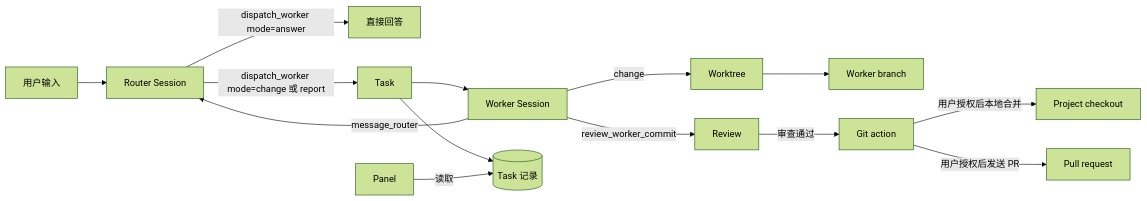
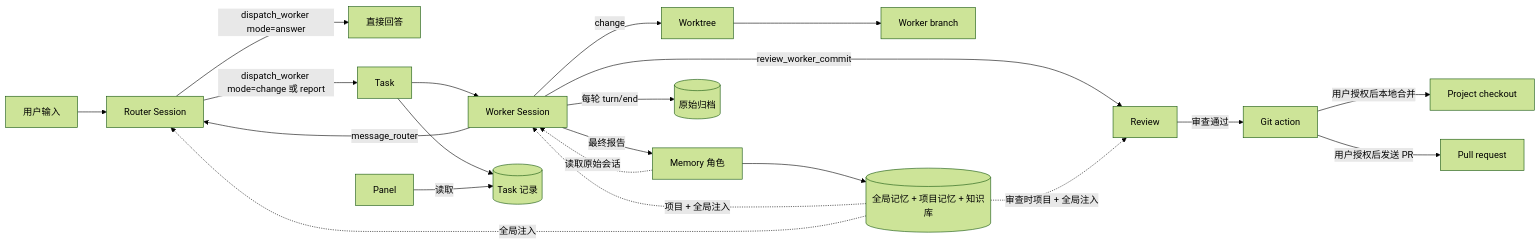
Before and after one commit to LMQ00/superagent-lite: the diagram in docs/001-domain.md, drawn with Mermaid (forest theme). The commit also changed other lines of this file and 24 other files, not shown here.

Commit message:
feat: 按流程图重新实现记忆模块

````diff
--- a/docs/001-domain.md
+++ b/docs/001-domain.md
@@ -9,16 +9,23 @@
 ```mermaid
 flowchart LR
   I[用户输入] --> R[Router Session]
   R -->|dispatch_worker mode=answer| A[直接回答]
   R -->|dispatch_worker mode=change 或 report| T[Task]
   T --> W[Worker Session]
   W -->|change| WT[Worktree]
   WT --> B[Worker branch]
   W -->|review_worker_commit| V[Review]
   W -->|message_router| R
   V -->|审查通过| G[Git action]
   G -->|用户授权后本地合并| P[Project checkout]
   G -->|用户授权后发送 PR| PR[Pull request]
   T --> D[(Task 记录)]
+  W -->|最终报告| M[Memory 角色]
+  W -->|每轮 turn/end| AR[(原始归档)]
+  M -.->|读取原始会话| W
+  M --> MS[(全局记忆 + 项目记忆 + 知识库)]
+  MS -.->|项目 + 全局注入| W
+  MS -.->|全局注入| R
+  MS -.->|审查时项目 + 全局注入| V
   PN[Panel] -->|读取| D
 ```
````
